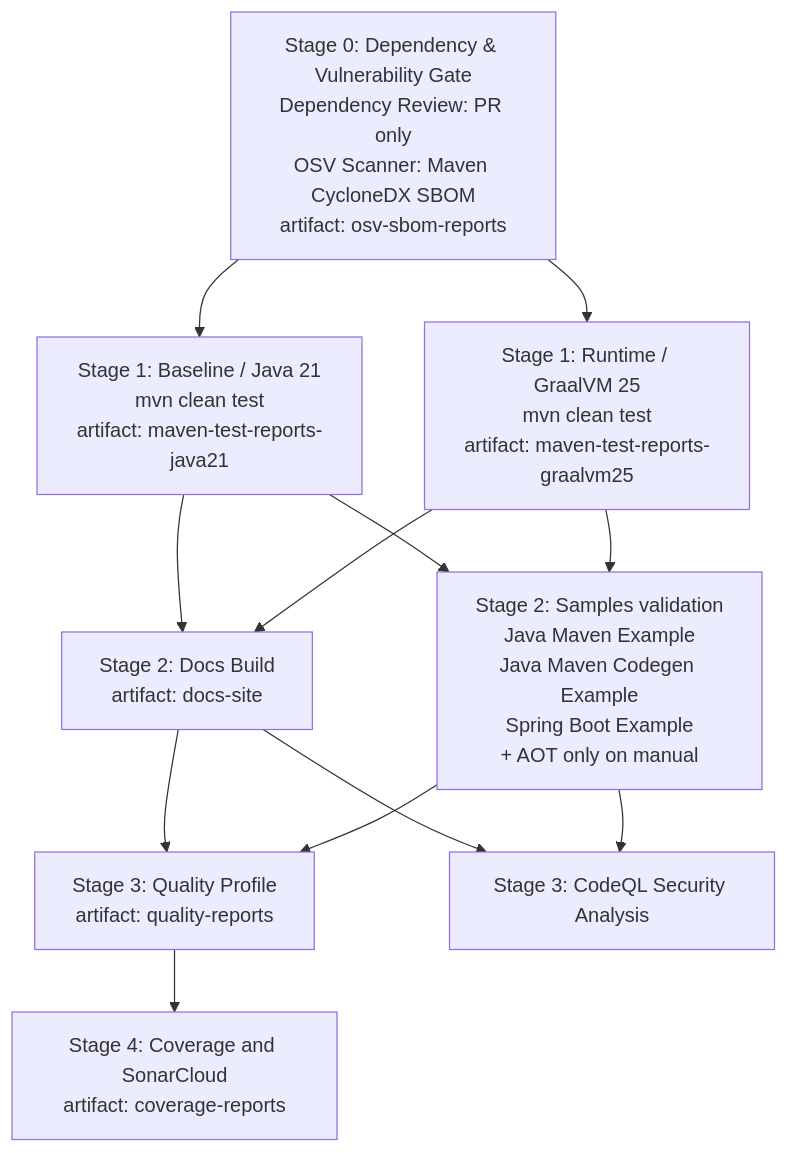
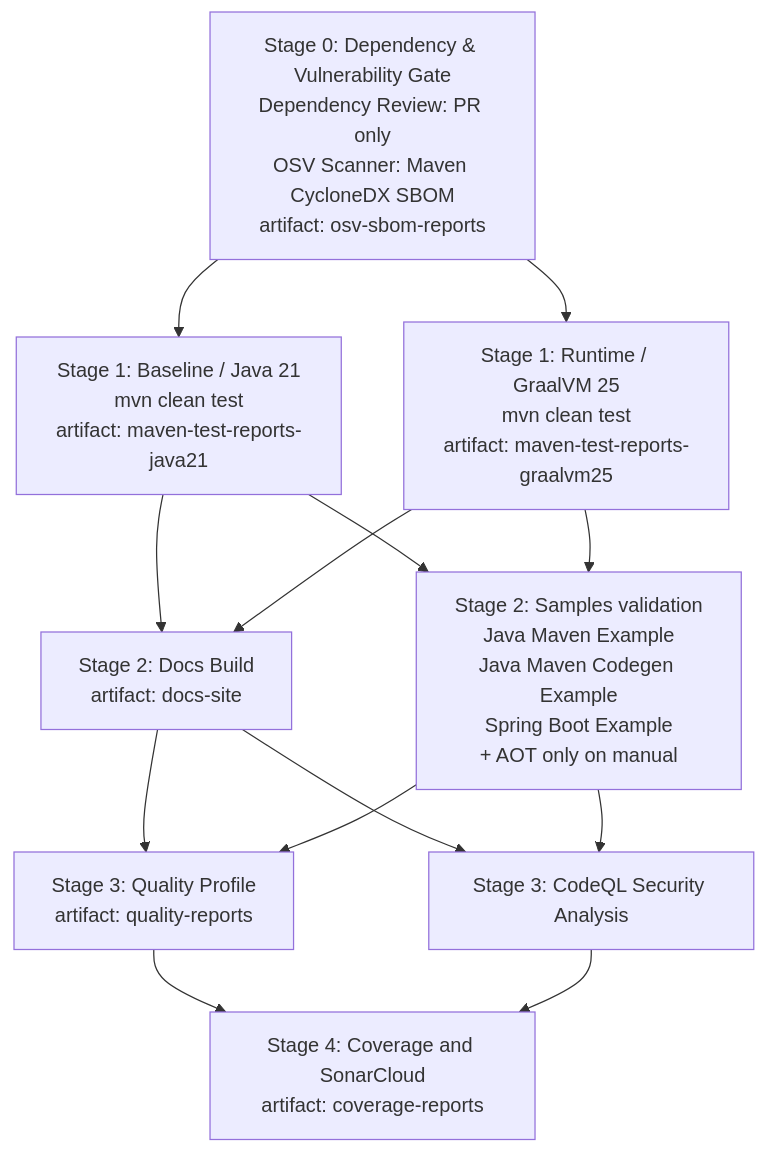
Before and after one commit to ih0r-d/polyglot-platform: the diagram in docs/developer-tooling.md, drawn with Mermaid. The commit also changed other lines of this file and 3 other files, not shown here.

````diff
--- a/docs/developer-tooling.md
+++ b/docs/developer-tooling.md
@@ -73,32 +75,33 @@
 ```mermaid
 flowchart TD
     DG["Stage 0: Dependency & Vulnerability Gate<br/>Dependency Review: PR only<br/>OSV Scanner: Maven CycloneDX SBOM<br/>artifact: osv-sbom-reports"]
 
     J21["Stage 1: Baseline / Java 21<br/>mvn clean test<br/>artifact: maven-test-reports-java21"]
     G25["Stage 1: Runtime / GraalVM 25<br/>mvn clean test<br/>artifact: maven-test-reports-graalvm25"]
 
     DOCS["Stage 2: Docs Build<br/>artifact: docs-site"]
     SAMPLES["Stage 2: Samples validation<br/>Java Maven Example<br/>Java Maven Codegen Example<br/>Spring Boot Example<br/>+ AOT only on manual"]
 
     QP["Stage 3: Quality Profile<br/>artifact: quality-reports"]
     CQL["Stage 3: CodeQL Security Analysis"]
 
     SONAR["Stage 4: Coverage and SonarCloud<br/>artifact: coverage-reports"]
 
     DG --> J21
     DG --> G25
 
     J21 --> DOCS
     G25 --> DOCS
 
     J21 --> SAMPLES
     G25 --> SAMPLES
 
     DOCS --> QP
     SAMPLES --> QP
 
     DOCS --> CQL
     SAMPLES --> CQL
 
     QP --> SONAR
+    CQL --> SONAR
 ```
````
